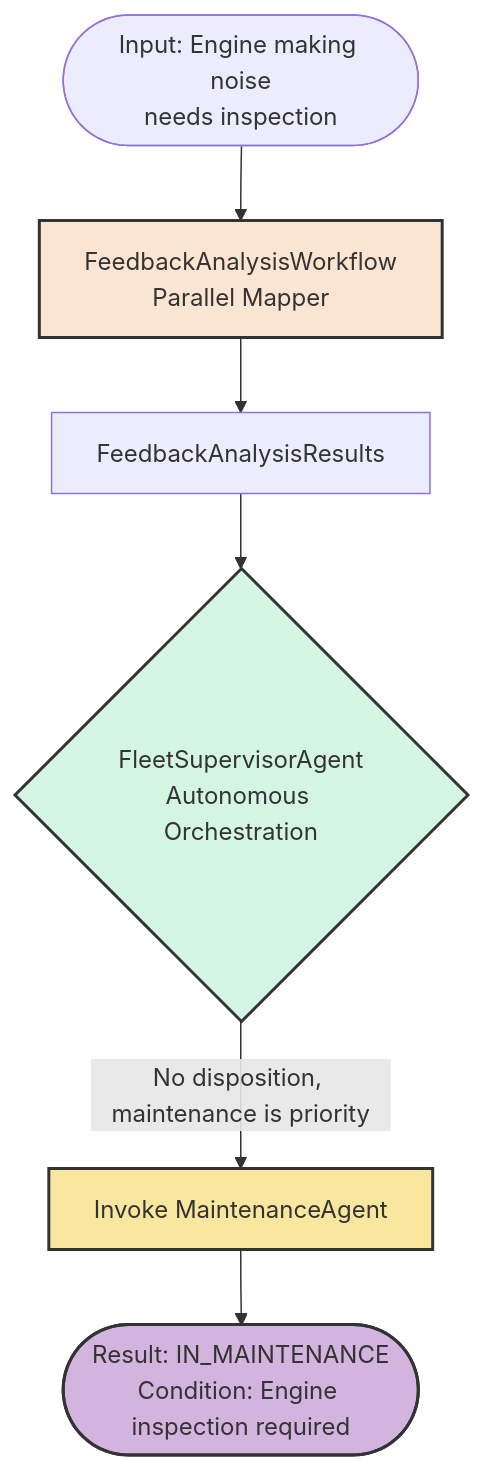
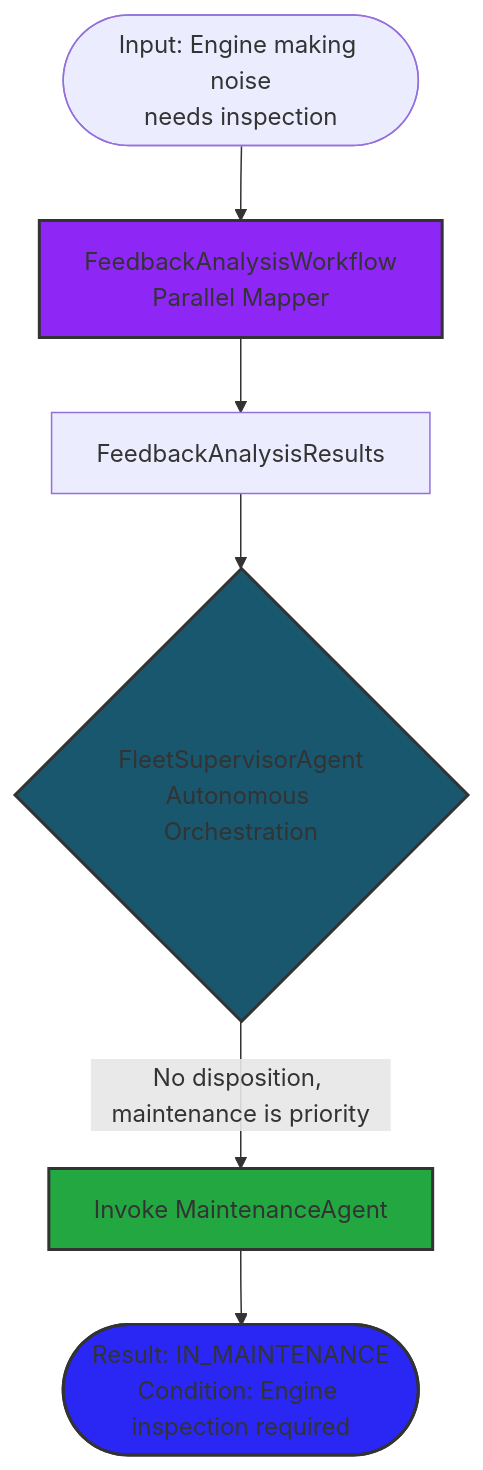
Before and after one commit to OpenLiberty/liberty-workshop-langchain4j: the fourth of 5 diagrams in docs/docs/section-2/step-04.md, drawn with Mermaid. The commit also changed other lines of this file and 12 other files, not shown here.

````diff
--- a/docs/docs/section-2/step-04.md
+++ b/docs/docs/section-2/step-04.md
@@ -534,16 +651,16 @@
 ```mermaid
 flowchart TD
     Start(["Input: Engine making noise<br/>needs inspection"])
 
     Start --> FW["FeedbackAnalysisWorkflow<br/>Parallel Mapper"]
     FW --> Results["FeedbackAnalysisResults"]
     Results --> FSA{"FleetSupervisorAgent<br/>Autonomous Orchestration"}
 
     FSA -->|"No disposition, maintenance is priority"| MA["Invoke MaintenanceAgent"]
     MA --> Result(["Result: IN_MAINTENANCE<br/>Condition: Engine inspection required"])
 
-    style FW fill:#FAE5D3,stroke:#333,stroke-width:2,color:#333
-    style FSA fill:#D5F5E3,stroke:#333,stroke-width:2,color:#333
-    style MA fill:#F9E79F,stroke:#333,stroke-width:2,color:#333
-    style Result fill:#D2B4DE,stroke:#333,stroke-width:2,color:#333
+    style FW fill:#8E27F5,stroke:#333,stroke-width:2,color:#333
+    style FSA fill:#19576E,stroke:#333,stroke-width:2,color:#333
+    style MA fill:#23A841,stroke:#333,stroke-width:2,color:#333
+    style Result fill:#2A27F5,stroke:#333,stroke-width:2,color:#333
 ```
````
